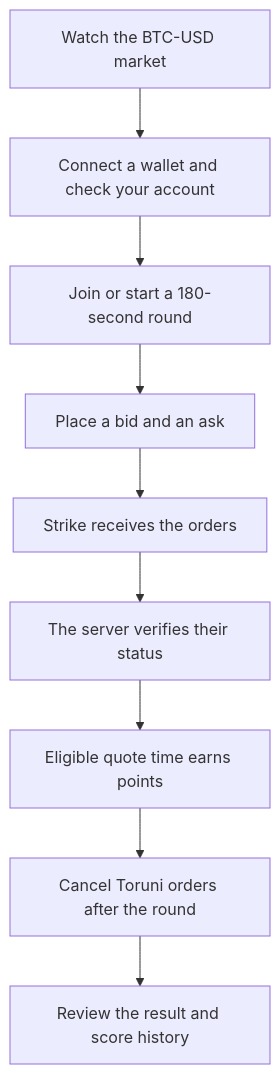
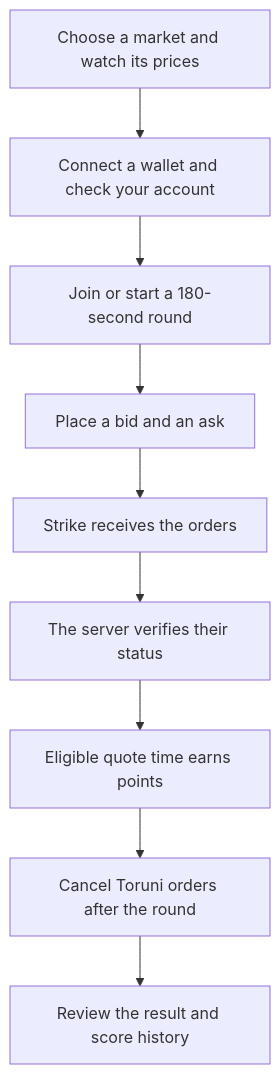
One commit to Web3Kyami/Toruni changed the first of 3 diagrams in README.md. Above: the diagram before and after it, drawn with Mermaid. The commit also changed other lines of this file and 25 other files, not shown here.

````diff
--- a/README.md
+++ b/README.md
@@ -15,11 +17,11 @@
 ```mermaid
 flowchart TD
-    A[Watch the BTC-USD market] --> B[Connect a wallet and check your account]
+    A[Choose a market and watch its prices] --> B[Connect a wallet and check your account]
     B --> C[Join or start a 180-second round]
     C --> D[Place a bid and an ask]
     D --> E[Strike receives the orders]
     E --> F[The server verifies their status]
     F --> G[Eligible quote time earns points]
     G --> H[Cancel Toruni orders after the round]
     H --> I[Review the result and score history]
 ```
````
